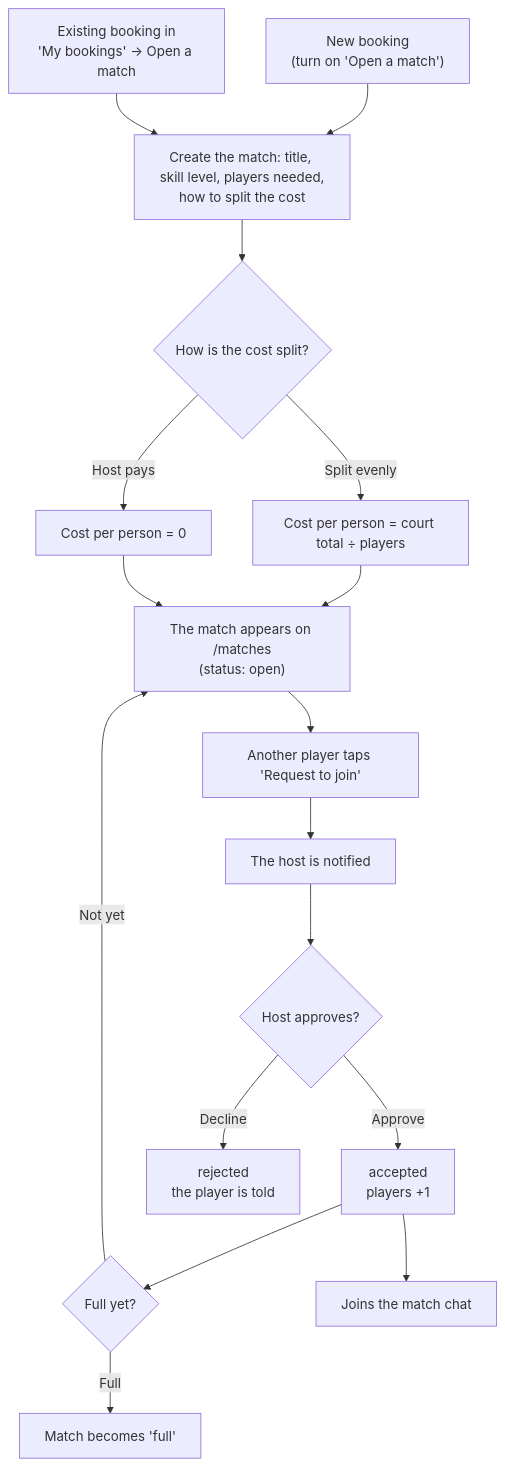
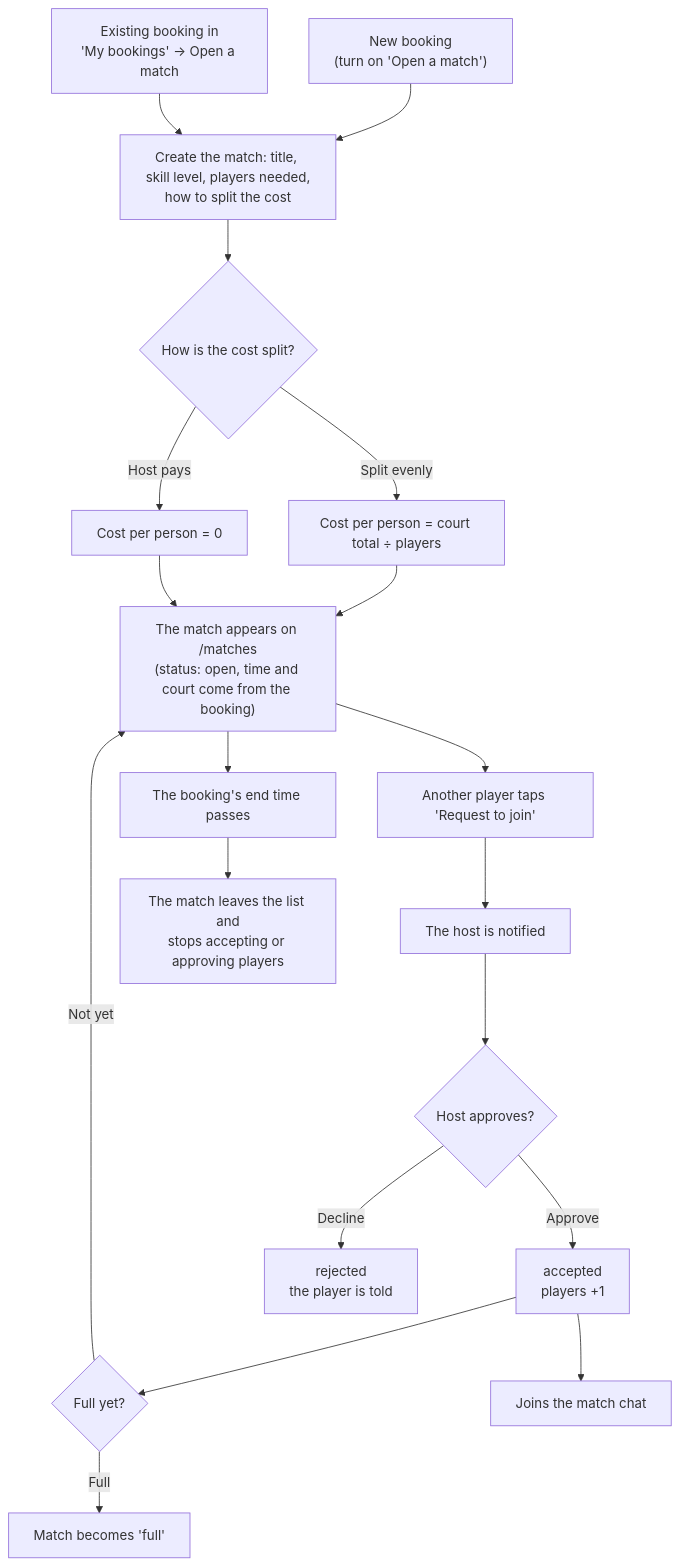
The fifth of 8 diagrams in README.en.md (tuan2304/sportarena), drawn with Mermaid before and after one commit. The commit also changed other lines of this file and 2 other files, not shown here.

````diff
--- a/README.en.md
+++ b/README.en.md
@@ -258,21 +267,23 @@
 ```mermaid
 flowchart TD
     S1["New booking<br/>(turn on 'Open a match')"] --> M
     S2["Existing booking in<br/>'My bookings' → Open a match"] --> M
     M["Create the match: title, skill level, players needed,<br/>how to split the cost"] --> C{"How is the cost split?"}
     C -- "Split evenly" --> C1["Cost per person = court total ÷ players"]
     C -- "Host pays" --> C2["Cost per person = 0"]
     C1 --> L
     C2 --> L
-    L["The match appears on /matches<br/>(status: open)"]
+    L["The match appears on /matches<br/>(status: open, time and court come from the booking)"]
 
     L --> J["Another player taps 'Request to join'"]
     J --> N1["The host is notified"]
     N1 --> D{"Host approves?"}
     D -- Approve --> A["accepted<br/>players +1"]
     D -- Decline --> R["rejected<br/>the player is told"]
     A --> F{"Full yet?"}
     F -- Full --> FULL["Match becomes 'full'"]
     F -- Not yet --> L
     A --> CH["Joins the match chat"]
+    L --> E["The booking's end time passes"]
+    E --> X["The match leaves the list and<br/>stops accepting or approving players"]
 ```
````
